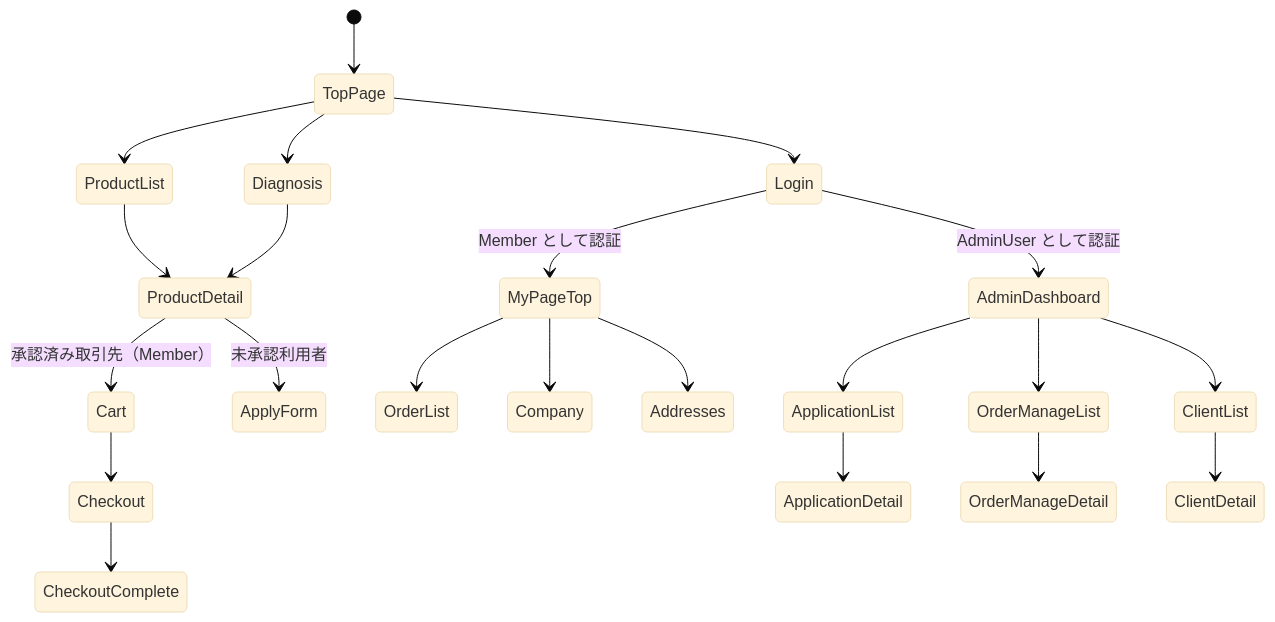
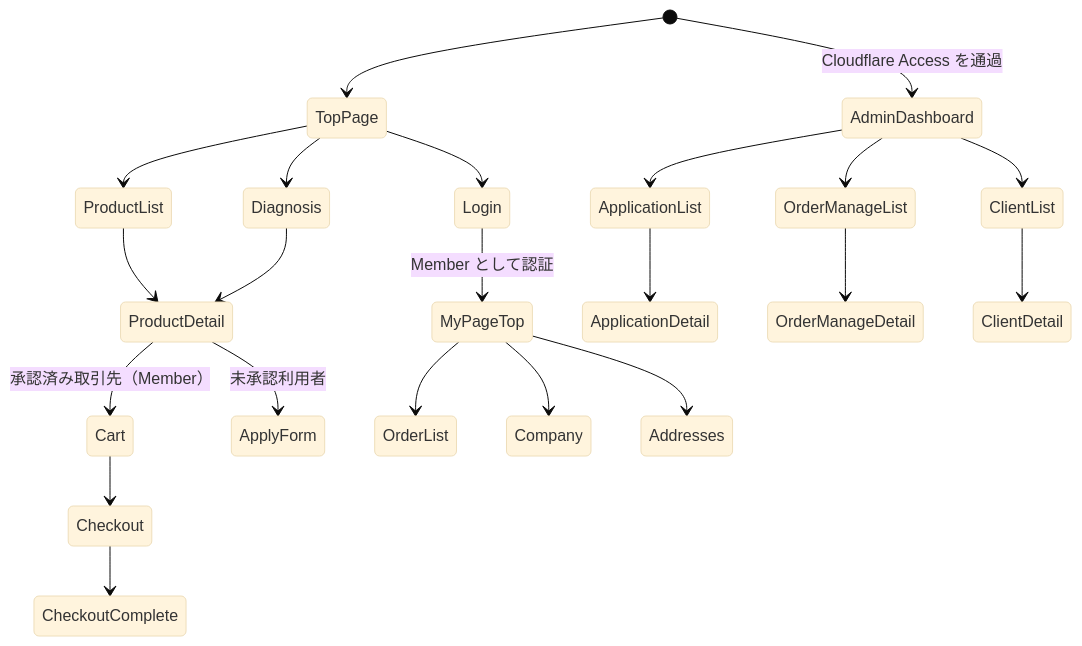
The fourth of 4 diagrams in docs/2-product/04-ui-ux-design.md (team-natural/business-pet-kampo), drawn with Mermaid (base theme) before and after one commit. The commit also changed other lines of this file and 20 other files, not shown here.

Commit message:
docs: move all public content out of D1 and hand admin auth to Cloudflare Access.

````diff
--- a/docs/2-product/04-ui-ux-design.md
+++ b/docs/2-product/04-ui-ux-design.md
@@ -332,26 +342,26 @@
 ```mermaid
 stateDiagram-v2
     [*] --> TopPage
     TopPage --> ProductList
     TopPage --> Diagnosis
     ProductList --> ProductDetail
     Diagnosis --> ProductDetail
     ProductDetail --> Cart: 承認済み取引先（Member）
     ProductDetail --> ApplyForm: 未承認利用者
     Cart --> Checkout
     Checkout --> CheckoutComplete
 
     TopPage --> Login
     Login --> MyPageTop: Member として認証
     MyPageTop --> OrderList
     MyPageTop --> Company
     MyPageTop --> Addresses
 
-    Login --> AdminDashboard: AdminUser として認証
+    [*] --> AdminDashboard: Cloudflare Access を通過
     AdminDashboard --> ApplicationList
     ApplicationList --> ApplicationDetail
     AdminDashboard --> OrderManageList
     OrderManageList --> OrderManageDetail
     AdminDashboard --> ClientList
     ClientList --> ClientDetail
 ```
````
